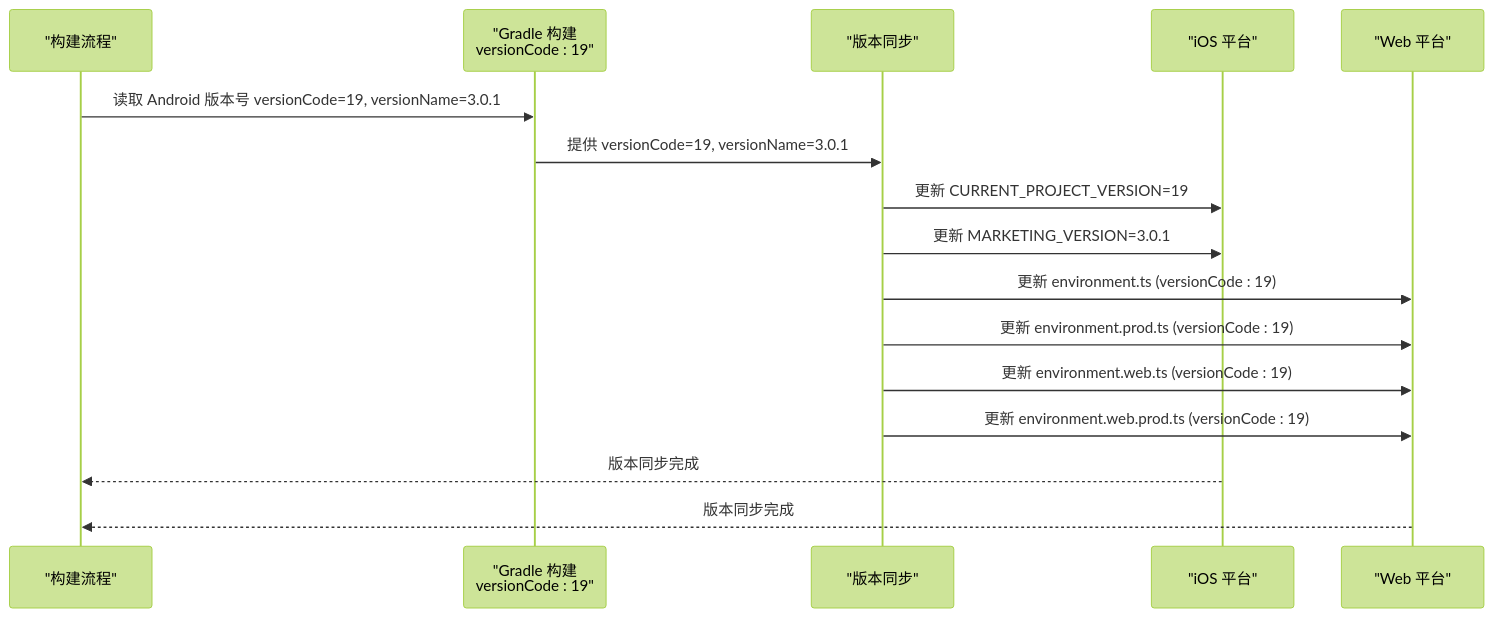
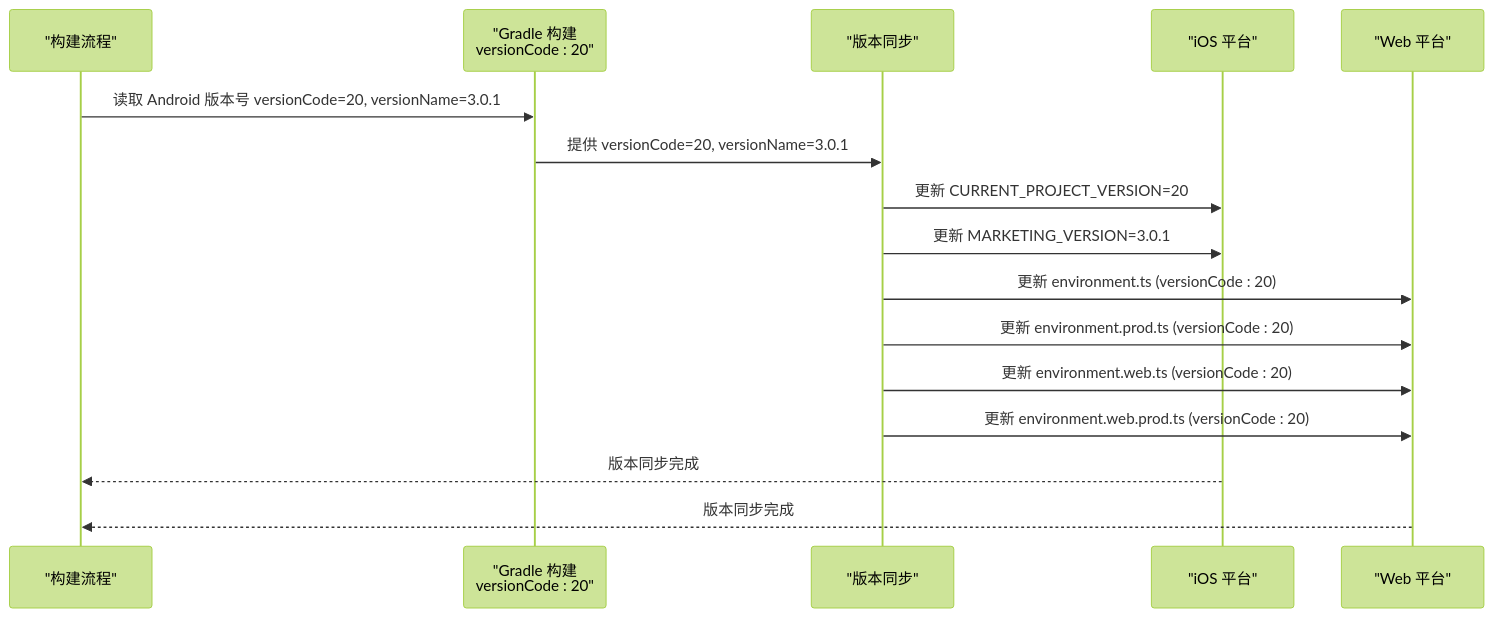
The fifth of 6 diagrams in .qoder/repowiki/zh/content/构建与部署/构建配置.md (tea4go/Macro-Deck-Client-App), drawn with Mermaid (forest theme) before and after one commit. The commit also changed other lines of this file and 55 other files, not shown here.

````diff
--- a/.qoder/repowiki/zh/content/构建与部署/构建配置.md
+++ b/.qoder/repowiki/zh/content/构建与部署/构建配置.md
@@ -907,18 +907,18 @@
 ```mermaid
 sequenceDiagram
 participant Build as "构建流程"
-participant Gradle as "Gradle 构建<br/>versionCode : 19"
+participant Gradle as "Gradle 构建<br/>versionCode : 20"
 participant Sync as "版本同步"
 participant iOS as "iOS 平台"
 participant Web as "Web 平台"
-Build->>Gradle : 读取 Android 版本号 versionCode=19, versionName=3.0.1
-Gradle->>Sync : 提供 versionCode=19, versionName=3.0.1
-Sync->>iOS : 更新 CURRENT_PROJECT_VERSION=19
+Build->>Gradle : 读取 Android 版本号 versionCode=20, versionName=3.0.1
+Gradle->>Sync : 提供 versionCode=20, versionName=3.0.1
+Sync->>iOS : 更新 CURRENT_PROJECT_VERSION=20
 Sync->>iOS : 更新 MARKETING_VERSION=3.0.1
-Sync->>Web : 更新 environment.ts (versionCode : 19)
-Sync->>Web : 更新 environment.prod.ts (versionCode : 19)
-Sync->>Web : 更新 environment.web.ts (versionCode : 19)
-Sync->>Web : 更新 environment.web.prod.ts (versionCode : 19)
+Sync->>Web : 更新 environment.ts (versionCode : 20)
+Sync->>Web : 更新 environment.prod.ts (versionCode : 20)
+Sync->>Web : 更新 environment.web.ts (versionCode : 20)
+Sync->>Web : 更新 environment.web.prod.ts (versionCode : 20)
 iOS-->>Build : 版本同步完成
 Web-->>Build : 版本同步完成
 ```
````
